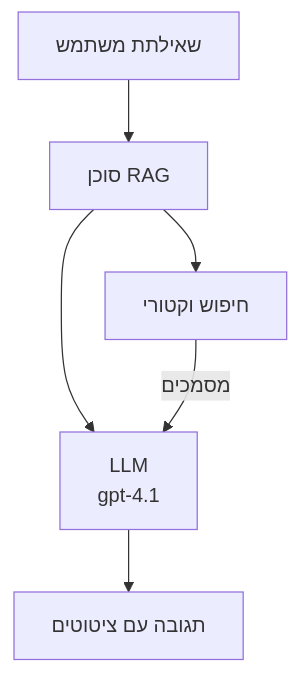
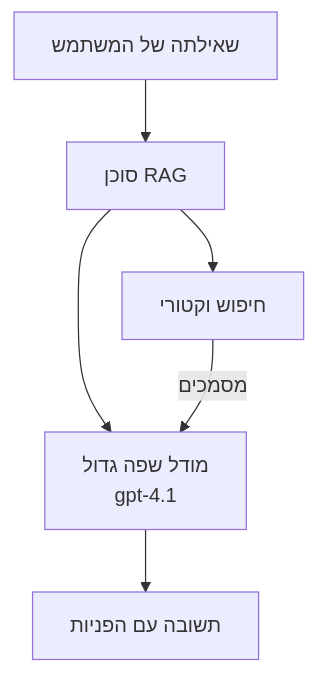
The second of 3 diagrams in translations/he/docs/chapter-02-ai-development/agents.md (microsoft/AZD-for-beginners), drawn with Mermaid before and after one commit. The commit also changed other lines of this file and 101 other files, not shown here.

````diff
--- a/translations/he/docs/chapter-02-ai-development/agents.md
+++ b/translations/he/docs/chapter-02-ai-development/agents.md
@@ -170,8 +175,8 @@
 ```mermaid
 graph TD
-    Query[שאילתת משתמש] --> RAG[סוכן RAG]
+    Query[שאילתה של המשתמש] --> RAG[סוכן RAG]
     RAG --> Vector[חיפוש וקטורי]
-    RAG --> LLM[LLM<br/>gpt-4.1]
+    RAG --> LLM[מודל שפה גדול<br/>gpt-4.1]
     Vector -- מסמכים --> LLM
-    LLM --> Response[תגובה עם ציטוטים]
+    LLM --> Response[תשובה עם הפניות]
 ```
````
